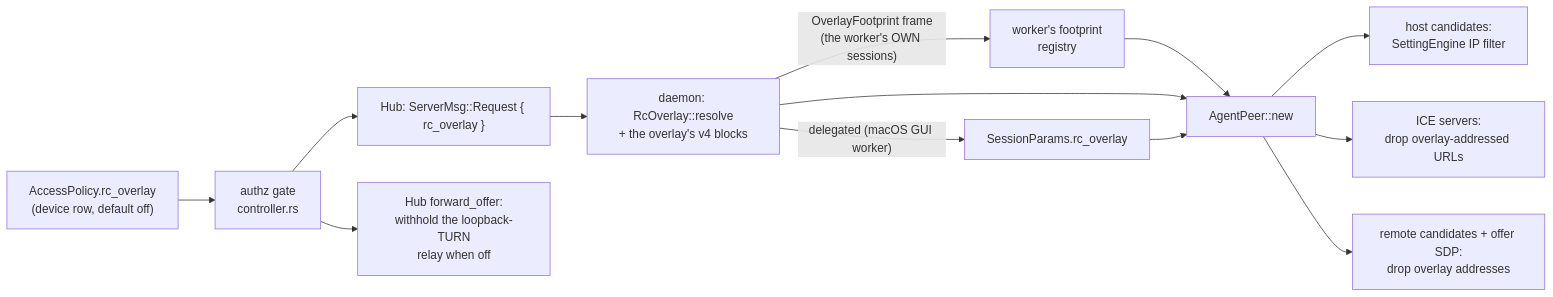
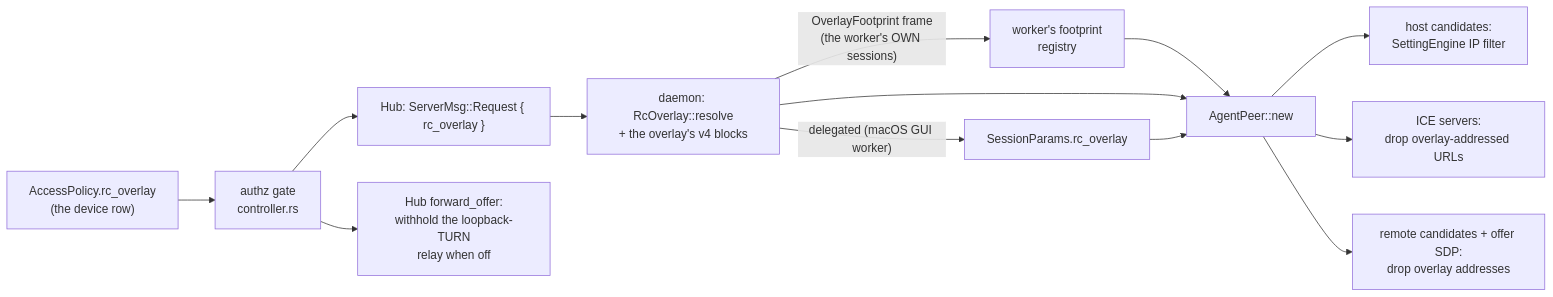
Before and after one commit to gjovanov/roomler-ai: the third of 42 diagrams in docs/remote-control.md, drawn with Mermaid. The commit also changed other lines of this file and 3 other files, not shown here.

````diff
--- a/docs/remote-control.md
+++ b/docs/remote-control.md
@@ -222,15 +222,15 @@
 ```mermaid
 flowchart LR
-    P["AccessPolicy.rc_overlay<br/>(device row, default off)"] --> G["authz gate<br/>controller.rs"]
+    P["AccessPolicy.rc_overlay<br/>(the device row)"] --> G["authz gate<br/>controller.rs"]
     G --> H["Hub: ServerMsg::Request { rc_overlay }"]
     G --> W["Hub forward_offer:<br/>withhold the loopback-TURN<br/>relay when off"]
     H --> D["daemon: RcOverlay::resolve<br/>+ the overlay's v4 blocks"]
     D -->|"delegated (macOS GUI worker)"| S["SessionParams.rc_overlay"]
     D -->|"OverlayFootprint frame<br/>(the worker's OWN sessions)"| R["worker's footprint<br/>registry"]
     R --> A
     D --> A["AgentPeer::new"]
     S --> A
     A --> F1["host candidates:<br/>SettingEngine IP filter"]
     A --> F2["ICE servers:<br/>drop overlay-addressed URLs"]
     A --> F3["remote candidates + offer SDP:<br/>drop overlay addresses"]
 ```
````
